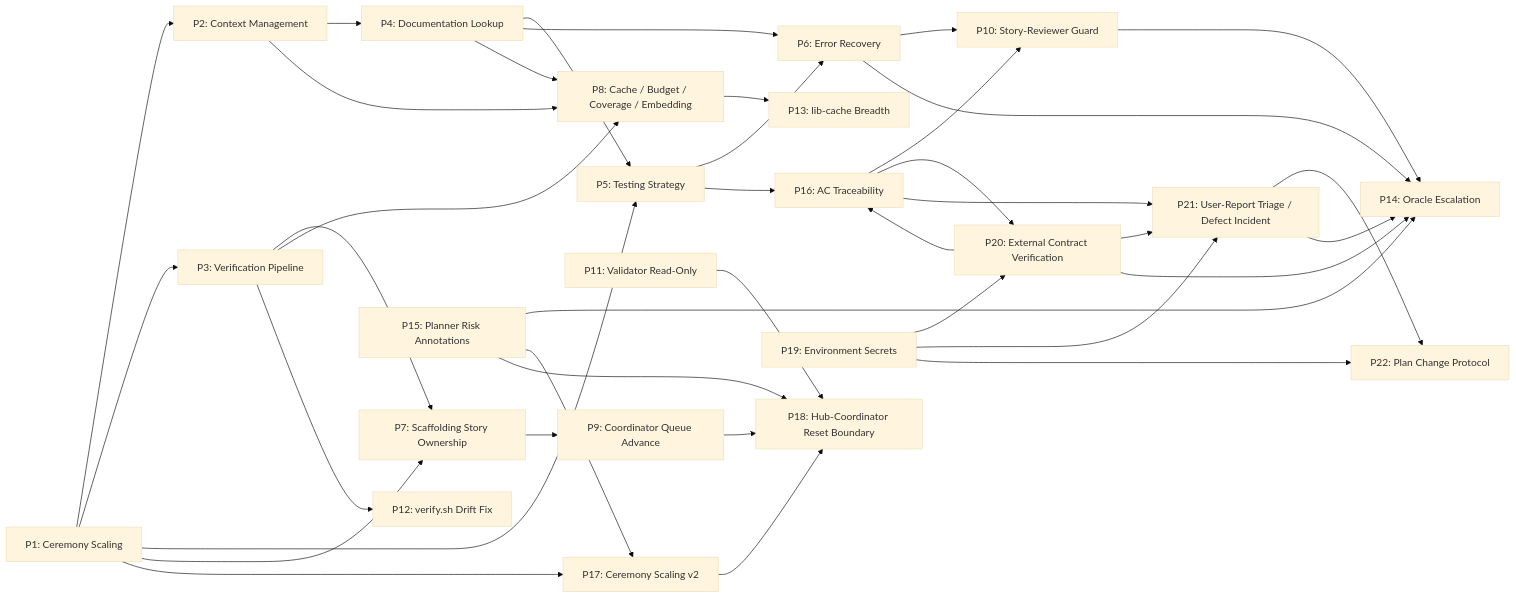
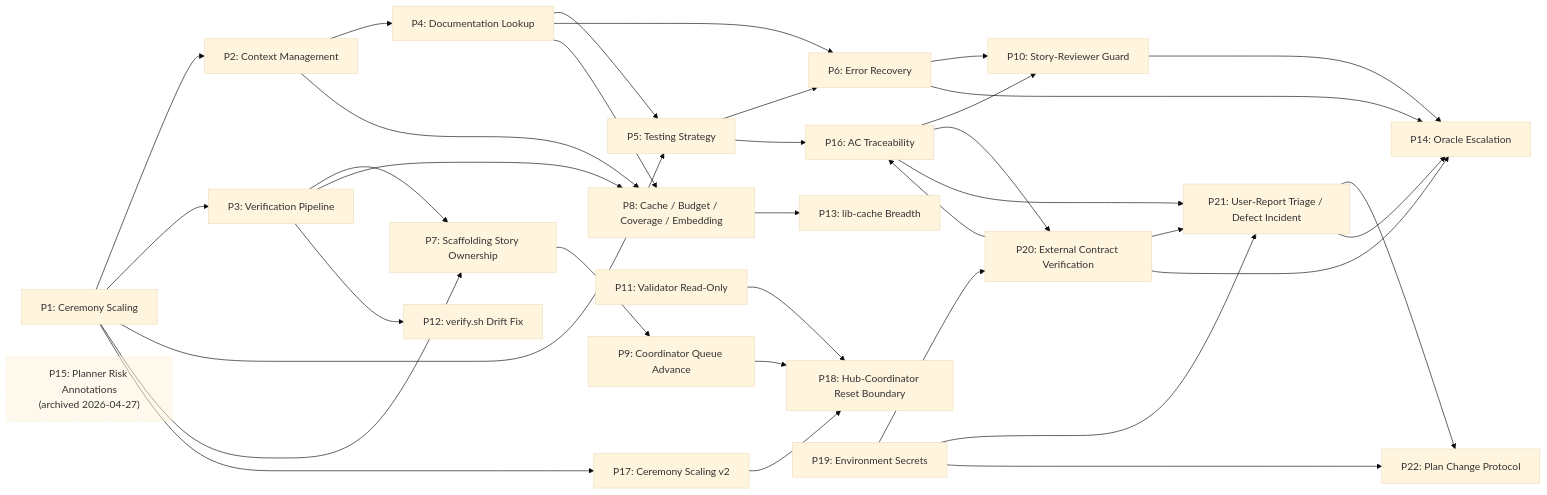
Before and after one commit to gleeb/ai-registry: the diagram in opencode/improvement-proposals/INDEX.md, drawn with Mermaid (base theme). The commit also changed other lines of this file and 7 other files, not shown here.

````diff
--- a/opencode/improvement-proposals/INDEX.md
+++ b/opencode/improvement-proposals/INDEX.md
@@ -78,66 +76,65 @@
 ```mermaid
 flowchart LR
     P1["P1: Ceremony Scaling"]
     P2["P2: Context Management"]
     P3["P3: Verification Pipeline"]
     P4["P4: Documentation Lookup"]
     P5["P5: Testing Strategy"]
     P6["P6: Error Recovery"]
     P7["P7: Scaffolding Story Ownership"]
     P8["P8: Cache / Budget / Coverage / Embedding"]
     P9["P9: Coordinator Queue Advance"]
     P10["P10: Story-Reviewer Guard"]
     P11["P11: Validator Read-Only"]
     P12["P12: verify.sh Drift Fix"]
     P13["P13: lib-cache Breadth"]
     P14["P14: Oracle Escalation"]
-    P15["P15: Planner Risk Annotations"]
+    P15["P15: Planner Risk Annotations<br/>(archived 2026-04-27)"]
     P16["P16: AC Traceability"]
     P17["P17: Ceremony Scaling v2"]
     P18["P18: Hub-Coordinator Reset Boundary"]
     P19["P19: Environment Secrets"]
     P20["P20: External Contract Verification"]
     P21["P21: User-Report Triage / Defect Incident"]
     P22["P22: Plan Change Protocol"]
 
     P1 --> P2
     P1 --> P3
     P1 --> P5
     P1 --> P7
     P2 --> P4
     P4 --> P5
     P5 --> P6
     P4 --> P6
     P3 --> P7
     P2 --> P8
     P3 --> P8
     P4 --> P8
 
     P3 --> P12
     P7 --> P9
     P6 --> P10
     P5 --> P16
     P16 --> P10
     P8 --> P13
     P6 --> P14
     P10 --> P14
-    P15 --> P14
     P1 --> P17
-    P15 --> P17
 
-    P15 --> P18
     P11 --> P18
     P17 --> P18
     P9 --> P18
+
+    style P15 stroke-dasharray: 5 5,opacity:0.5
 
     P19 --> P20
     P19 --> P21
     P19 --> P22
     P16 --> P20
     P20 --> P16
     P20 --> P21
     P16 --> P21
     P21 --> P22
     P21 --> P14
     P20 --> P14
 ```
````
